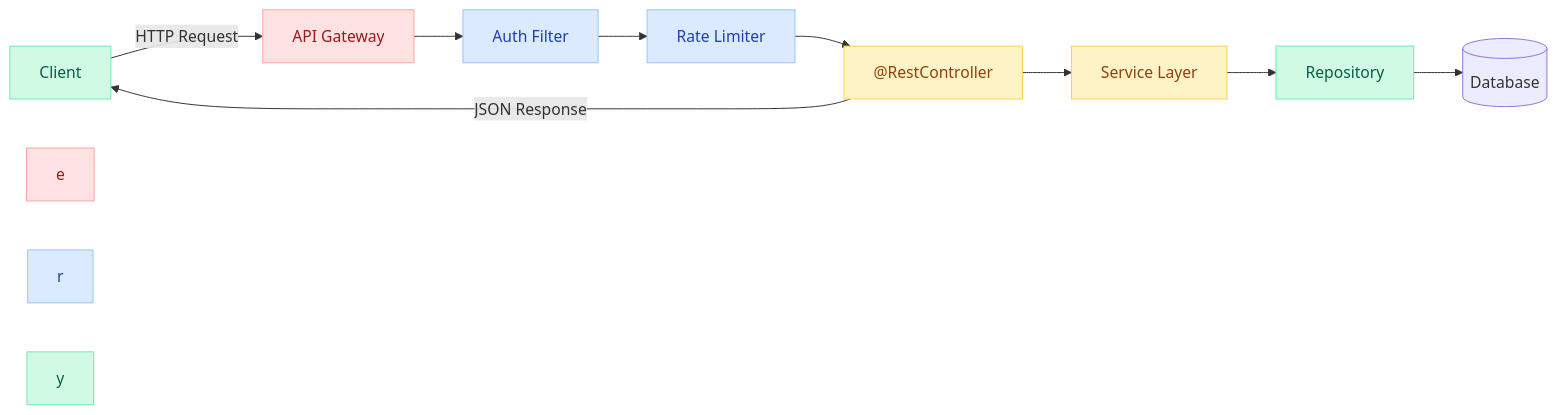
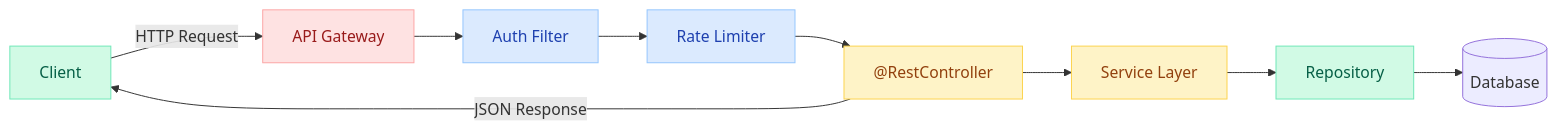
One commit to saivamsikaruturi/vamsilabs-dev-notes-main changed the first of 3 diagrams in docs/springboot/restapibestpractices.md. Above: the diagram before and after it, drawn with Mermaid. The commit also changed other lines of this file and 21 other files, not shown here.

````diff
--- a/docs/springboot/restapibestpractices.md
+++ b/docs/springboot/restapibestpractices.md
@@ -5,22 +5,19 @@
 ```mermaid
 flowchart LR
     Client -->|"HTTP Request"| Gateway["API Gateway"]
     Gateway --> Auth["Auth Filter"]
     Auth --> RateLimit["Rate Limiter"]
     RateLimit --> Controller["@RestController"]
     Controller --> Service["Service Layer"]
     Service --> Repo["Repository"]
     Repo --> DB[(Database)]
     Controller -->|"JSON Response"| Client
 
     style Auth fill:#DBEAFE,stroke:#93C5FD,color:#1E40AF
     style Client fill:#D1FAE5,stroke:#6EE7B7,color:#065F46
     style Controller fill:#FEF3C7,stroke:#FCD34D,color:#92400E
     style Gateway fill:#FEE2E2,stroke:#FCA5A5,color:#991B1B
     style RateLimit fill:#DBEAFE,stroke:#93C5FD,color:#1E40AF
     style Repo fill:#D1FAE5,stroke:#6EE7B7,color:#065F46
     style Service fill:#FEF3C7,stroke:#FCD34D,color:#92400E
-    style e fill:#FEE2E2,stroke:#FCA5A5,color:#991B1B
-    style r fill:#DBEAFE,stroke:#93C5FD,color:#1E40AF
-    style y fill:#D1FAE5,stroke:#6EE7B7,color:#065F46
 ```
````
